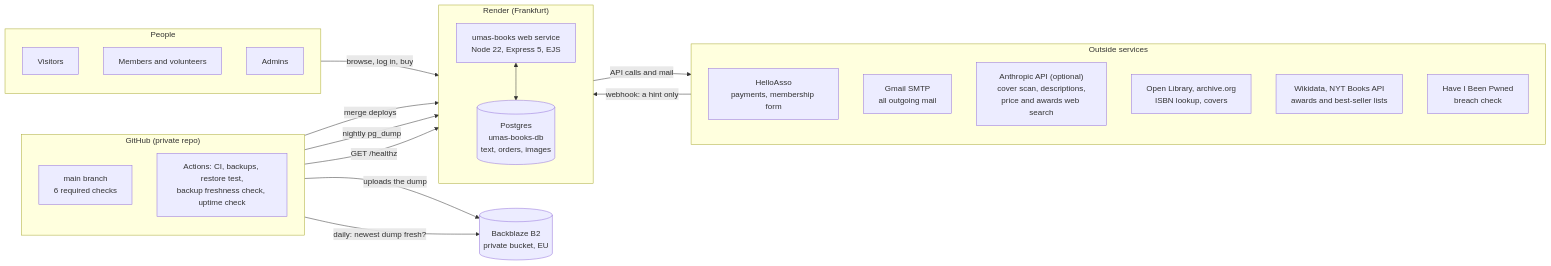
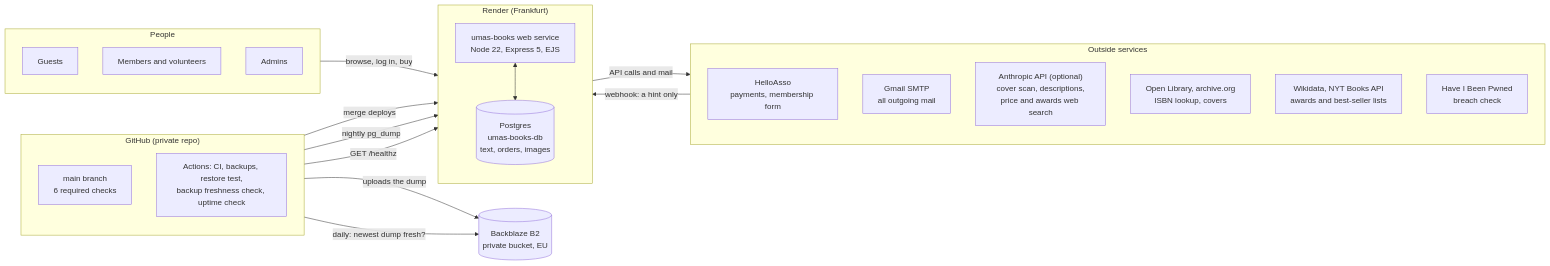
Before and after one commit to umasbooksadmin/umasbookswebsite: the first of 15 diagrams in docs/architecture.md, drawn with Mermaid. The commit also changed other lines of this file and 78 other files, not shown here.

````diff
--- a/docs/architecture.md
+++ b/docs/architecture.md
@@ -39,43 +39,43 @@
 ```mermaid
 flowchart LR
   subgraph People
     direction TB
-    V[Visitors]
+    V[Guests]
     M[Members and volunteers]
     A[Admins]
   end
 
   subgraph Render["Render (Frankfurt)"]
     direction TB
     W["umas-books web service<br/>Node 22, Express 5, EJS"]
     DB[("Postgres<br/>umas-books-db<br/>text, orders, images")]
     W <--> DB
   end
 
   subgraph External["Outside services"]
     direction TB
     HA["HelloAsso<br/>payments, membership form"]
     GM["Gmail SMTP<br/>all outgoing mail"]
     AN["Anthropic API (optional)<br/>cover scan, descriptions,<br/>price and awards web search"]
     OL["Open Library, archive.org<br/>ISBN lookup, covers"]
     WD["Wikidata, NYT Books API<br/>awards and best-seller lists"]
     PW["Have I Been Pwned<br/>breach check"]
   end
 
   subgraph GitHub["GitHub (private repo)"]
     direction TB
     REPO["main branch<br/>6 required checks"]
     ACT["Actions: CI, backups, restore test,<br/>backup freshness check, uptime check"]
   end
 
   OFF[("Backblaze B2<br/>private bucket, EU")]
 
   People -->|"browse, log in, buy"| W
   W -->|"API calls and mail"| External
   HA -->|"webhook: a hint only"| W
   REPO -->|"merge deploys"| W
   ACT -->|"nightly pg_dump"| DB
   ACT -->|"GET /healthz"| W
   ACT -->|"uploads the dump"| OFF
   ACT -->|"daily: newest dump fresh?"| OFF
 ```
````
